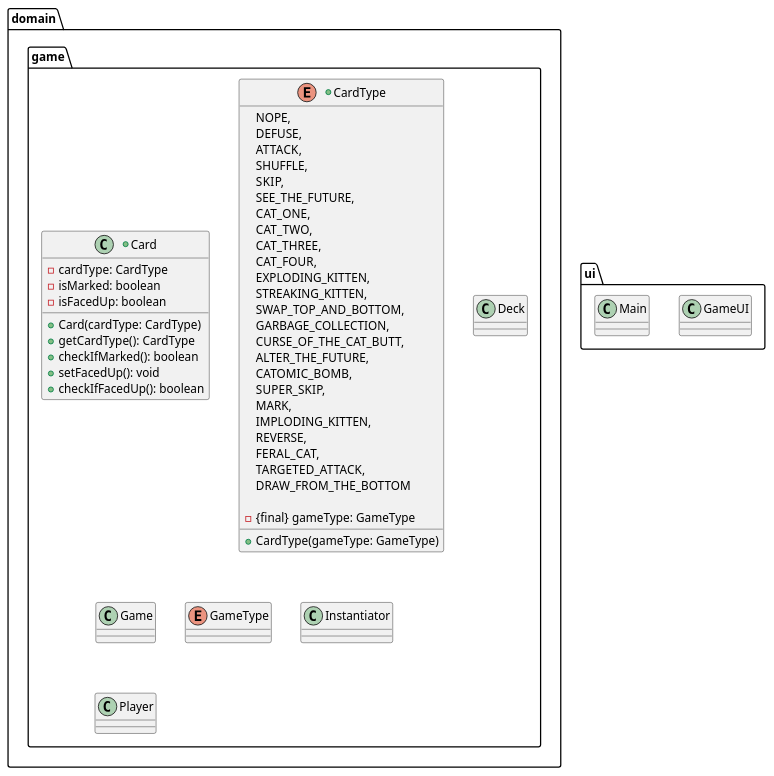
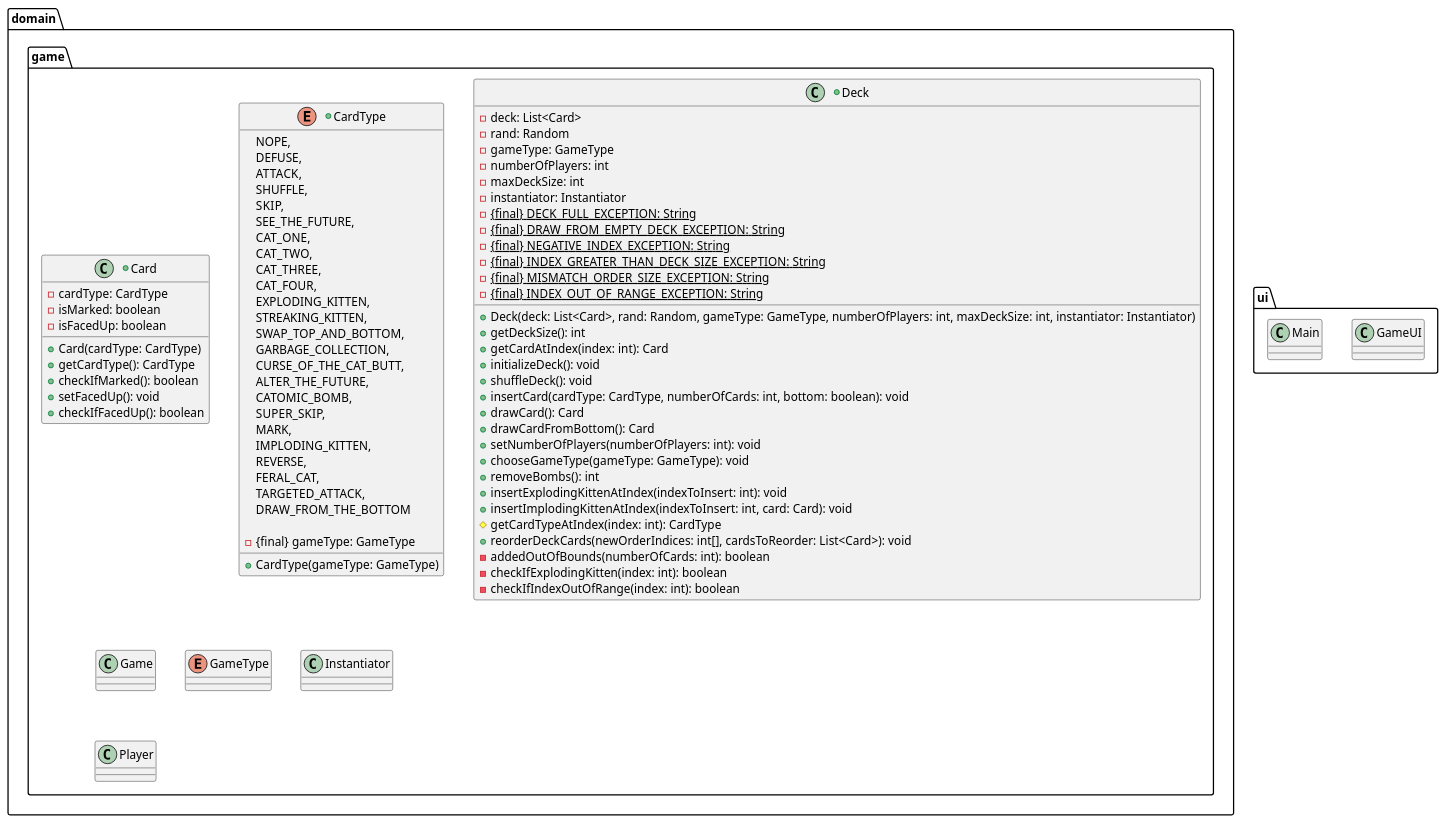
The diagram in docs/design/given-design.puml (nu-cs-sw-design/project-20252601-exploding-cats), drawn with PlantUML before and after one commit.

Commit message:
added variables and methods for Deck class

```diff
--- a/docs/design/given-design.puml
+++ b/docs/design/given-design.puml
@@ -1,76 +1,107 @@
 @startuml
 
 package domain.game {
     +class Card {
         -cardType: CardType
         -isMarked: boolean
         -isFacedUp: boolean
 
         +Card(cardType: CardType)
         +getCardType(): CardType
         +checkIfMarked(): boolean
         +setFacedUp(): void
         +checkIfFacedUp(): boolean
     }
 
     +enum CardType {
         'QUESTION: should i specify the GameType enum that's passed into each of these CardType enums?
         NOPE,
         DEFUSE,
         ATTACK,
         SHUFFLE,
         SKIP,
         SEE_THE_FUTURE,
         CAT_ONE,
         CAT_TWO,
         CAT_THREE,
         CAT_FOUR,
         EXPLODING_KITTEN,
         STREAKING_KITTEN,
         SWAP_TOP_AND_BOTTOM,
         GARBAGE_COLLECTION,
         CURSE_OF_THE_CAT_BUTT,
         ALTER_THE_FUTURE,
         CATOMIC_BOMB,
         SUPER_SKIP,
         MARK,
         IMPLODING_KITTEN,
         REVERSE,
         FERAL_CAT,
         TARGETED_ATTACK,
         DRAW_FROM_THE_BOTTOM
 
         -{final} gameType: GameType
 
         +CardType(gameType: GameType)
     }
 
-    class Deck {
+    +class Deck {
+        -deck: List<Card>
+        -rand: Random
+        -gameType: GameType
+        -numberOfPlayers: int
+        -maxDeckSize: int
+        -instantiator: Instantiator
+        -{static}{final} DECK_FULL_EXCEPTION: String
+        -{static}{final} DRAW_FROM_EMPTY_DECK_EXCEPTION: String
+        -{static}{final} NEGATIVE_INDEX_EXCEPTION: String
+        -{static}{final} INDEX_GREATER_THAN_DECK_SIZE_EXCEPTION: String
+        -{static}{final} MISMATCH_ORDER_SIZE_EXCEPTION: String
+        -{static}{final} INDEX_OUT_OF_RANGE_EXCEPTION: String
+
+        +Deck(deck: List<Card>, rand: Random, gameType: GameType, numberOfPlayers: int, maxDeckSize: int, instantiator: Instantiator)
+        +getDeckSize(): int
+        +getCardAtIndex(index: int): Card
+        +initializeDeck(): void
+        +shuffleDeck(): void
+        +insertCard(cardType: CardType, numberOfCards: int, bottom: boolean): void
+        +drawCard(): Card
+        +drawCardFromBottom(): Card
+        +setNumberOfPlayers(numberOfPlayers: int): void
+        +chooseGameType(gameType: GameType): void
+        +removeBombs(): int
+        +insertExplodingKittenAtIndex(indexToInsert: int): void
+        +insertImplodingKittenAtIndex(indexToInsert: int, card: Card): void
+        #getCardTypeAtIndex(index: int): CardType
+        +reorderDeckCards(newOrderIndices: int[], cardsToReorder: List<Card>): void
+        -addedOutOfBounds(numberOfCards: int): boolean
+        -checkIfExplodingKitten(index: int): boolean
+        -checkIfIndexOutOfRange(index: int): boolean
     }
 
     class Game {
     }
 
     enum GameType {
     }
 
     class Instantiator {
     }
 
     class Player {
     }
 }
 
 package ui {
     class GameUI {
     }
 
     class Main {
     }
 }
 
 'QUESTIONS:
 '-how to best represent the resource bundle? package? class?
 '-out of curiosity, are tests ever part of a design diagram?
 
 @enduml
```
